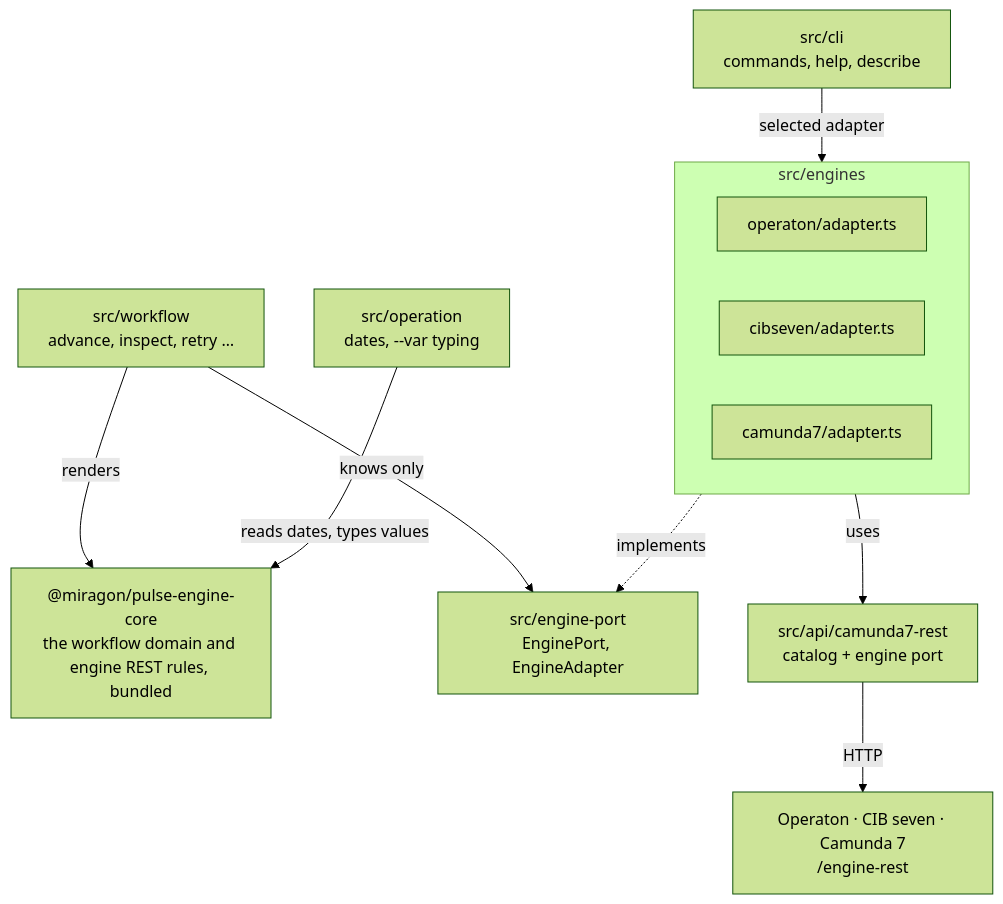
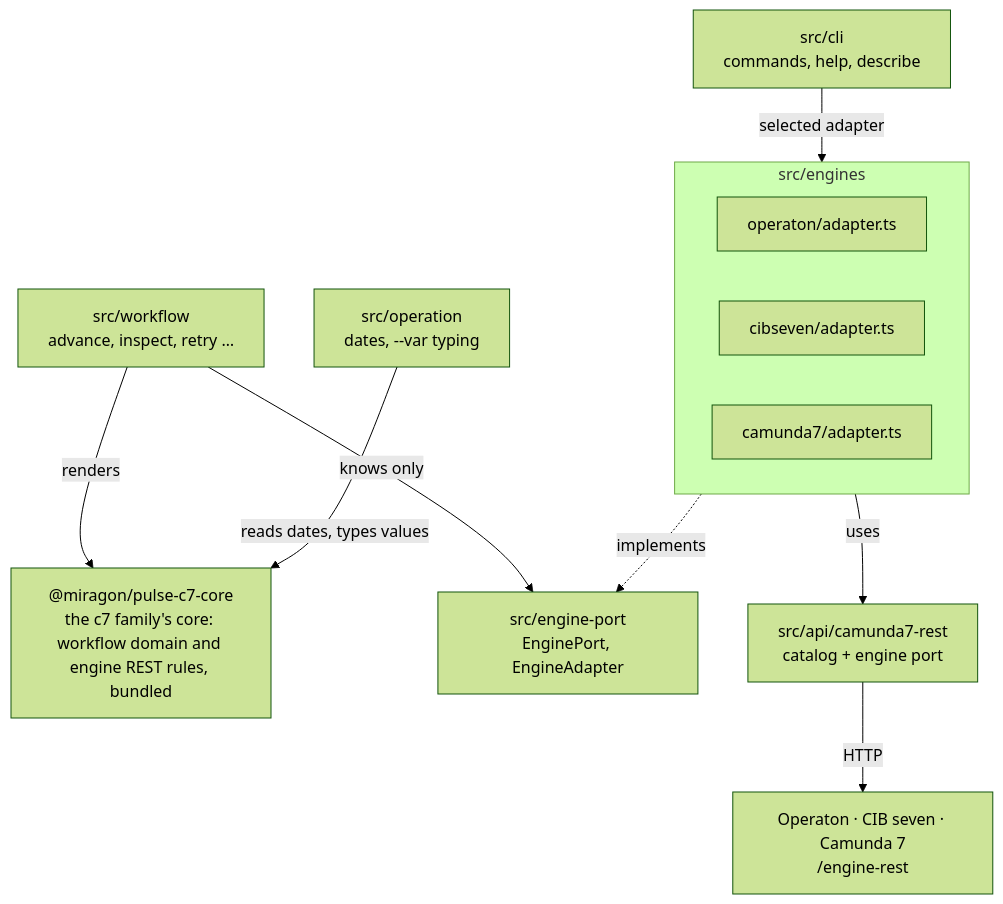
One commit to Miragon/pulse changed the first of 4 diagrams in docs/cli/architecture.md. Above: the diagram before and after it, drawn with Mermaid (forest theme). The commit also changed other lines of this file and 257 other files, not shown here.

````diff
--- a/docs/cli/architecture.md
+++ b/docs/cli/architecture.md
@@ -7,22 +7,22 @@
 ```mermaid
 flowchart TB
   workflow["src/workflow<br/>advance, inspect, retry …"]
-  core["@miragon/pulse-engine-core<br/>the workflow domain and engine REST rules, bundled"]
+  core["@miragon/pulse-c7-core<br/>the c7 family's core: workflow domain and engine REST rules, bundled"]
   operation["src/operation<br/>dates, --var typing"]
   cli["src/cli<br/>commands, help, describe"]
   port["src/engine-port<br/>EnginePort, EngineAdapter"]
   subgraph engines["src/engines"]
     operaton["operaton/adapter.ts"]
     cibseven["cibseven/adapter.ts"]
     camunda7["camunda7/adapter.ts"]
   end
   api["src/api/camunda7-rest<br/>catalog + engine port"]
   rest["Operaton · CIB seven · Camunda 7<br/>/engine-rest"]
   workflow -- knows only --> port
   workflow -- renders --> core
   operation -- reads dates, types values --> core
   cli -- selected adapter --> engines
   engines -. implements .-> port
   engines -- uses --> api
   api -- HTTP --> rest
 ```
````
